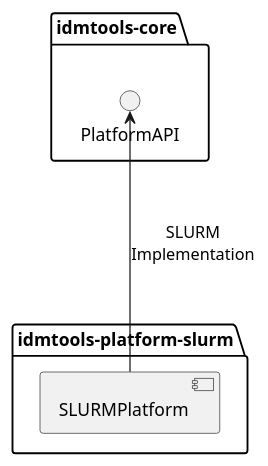
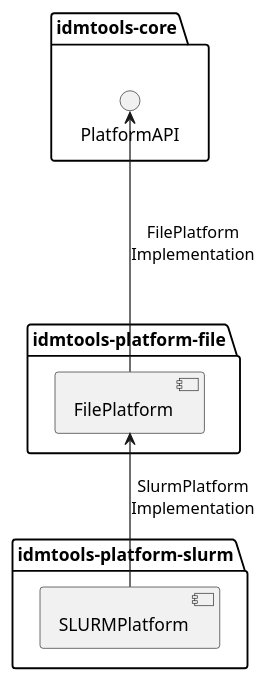
Before and after one commit to InstituteforDiseaseModeling/idmtools: the diagram in docs/diagrams/slurm.puml, drawn with PlantUML. The commit also changed 6 other files, not shown here.

```diff
--- a/docs/diagrams/slurm.puml
+++ b/docs/diagrams/slurm.puml
@@ -1,14 +1,18 @@
 @startuml
 
 package "idmtools-core" as registry {
     () "PlatformAPI" as PlatformAPI
+}
+
+package "idmtools-platform-file" as file_platform {
+    [FilePlatform]
 }
 
 package "idmtools-platform-slurm" as slurm {
     [SLURMPlatform]   
 }
 
 
-PlatformAPI <-down-- SLURMPlatform: SLURM\nImplementation
-
+PlatformAPI <-down-- FilePlatform: FilePlatform\nImplementation
+FilePlatform <-- SLURMPlatform: SlurmPlatform\nImplementation
 @enduml
```
